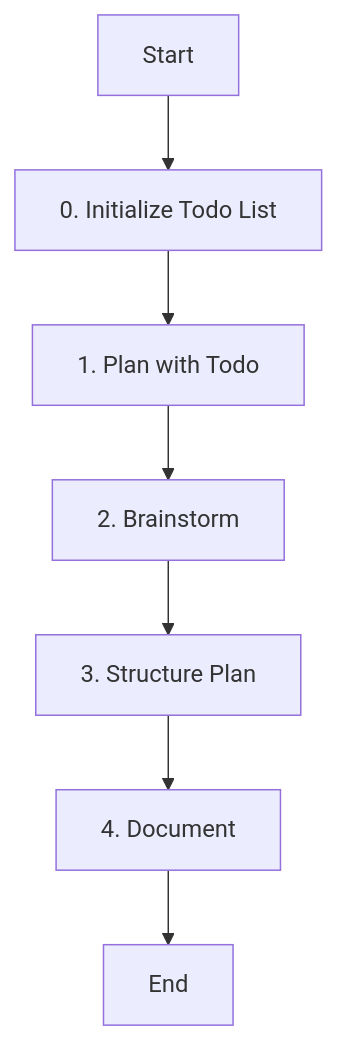
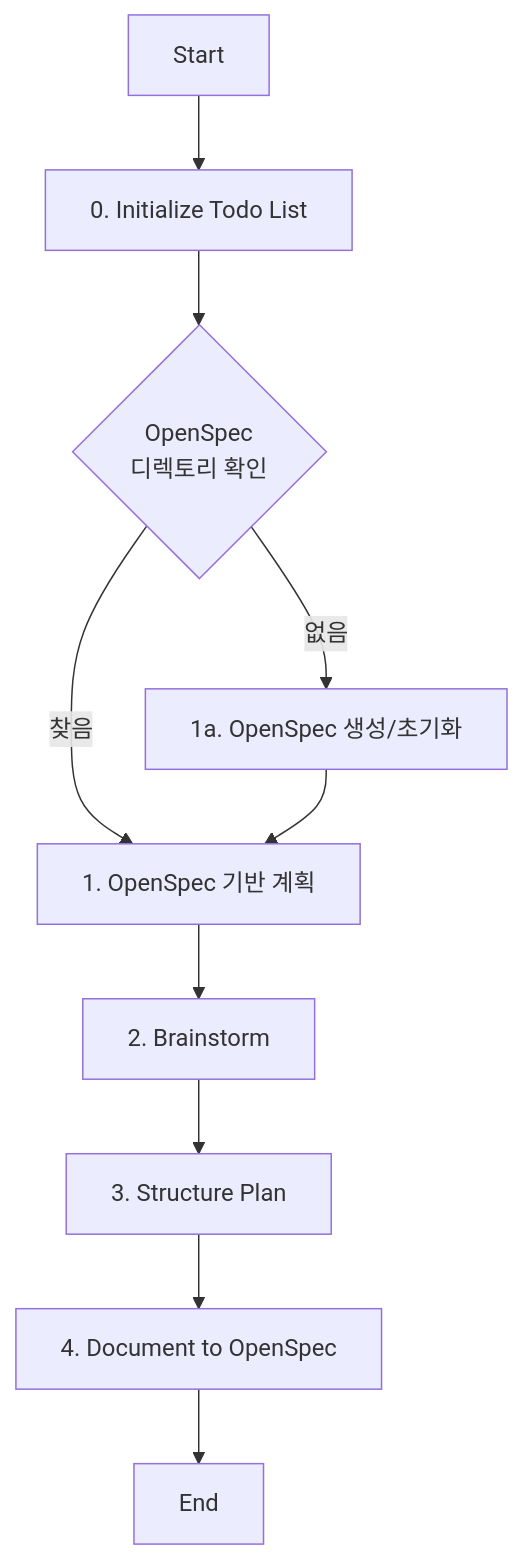
Before and after one commit to ksm0709/dotfiles: the diagram in opencode/config/agent/plan.md, drawn with Mermaid. The commit also changed other lines of this file, not shown here.

Commit message:
feat: enable OpenSpec planning and doc-coauthoring skill

````diff
--- a/opencode/config/agent/plan.md
+++ b/opencode/config/agent/plan.md
@@ -33,9 +45,12 @@
 ```mermaid
 graph TD
     Start[Start] --> Init[0. Initialize Todo List]
-    Init --> Plan[1. Plan with Todo]
-    Plan --> Brainstorm[2. Brainstorm]
+    Init --> CheckOpenSpec{OpenSpec<br/>디렉토리 확인}
+    CheckOpenSpec --> |찾음| PlanWithOpenSpec[1. OpenSpec 기반 계획]
+    CheckOpenSpec --> |없음| CreateOpenSpec[1a. OpenSpec 생성/초기화]
+    CreateOpenSpec --> PlanWithOpenSpec
+    PlanWithOpenSpec --> Brainstorm[2. Brainstorm]
     Brainstorm --> Structure[3. Structure Plan]
-    Structure --> Document[4. Document]
+    Structure --> Document[4. Document to OpenSpec]
     Document --> End[End]
 ```
````
